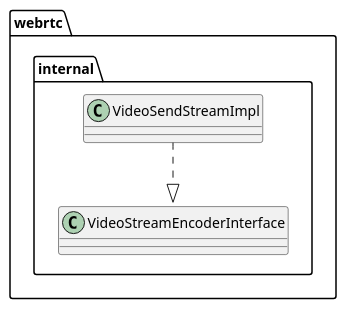
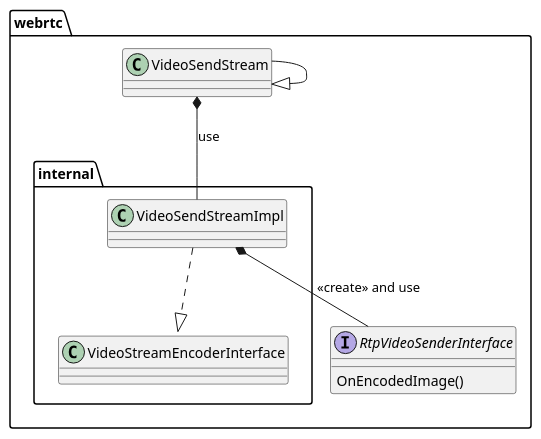
Before and after one commit to mingxin505/webrtcNote: the sixth of 18 diagrams in webrtc_chrome/Design.md, drawn with PlantUML. The commit also changed other lines of this file and 8 other files, not shown here.

````diff
--- a/webrtc_chrome/Design.md
+++ b/webrtc_chrome/Design.md
@@ -123,7 +127,14 @@
 ```plantuml
-package webrtc {
-    package internal {
-VideoSendStreamImpl ..|> VideoStreamEncoderInterface::EncoderSink
-}
+namespace webrtc {
+    class VideoSendStream
+    interface RtpVideoSenderInterface {
+        OnEncodedImage()
+    }
+    namespace internal {
+        VideoSendStream --|> webrtc.VideoSendStream
+        VideoSendStream *-- VideoSendStreamImpl  : use
+        VideoSendStreamImpl ..|> VideoStreamEncoderInterface::EncoderSink
+        VideoSendStreamImpl *-- RtpVideoSenderInterface : <<create>> and use
+    }
 }
 ```
````
